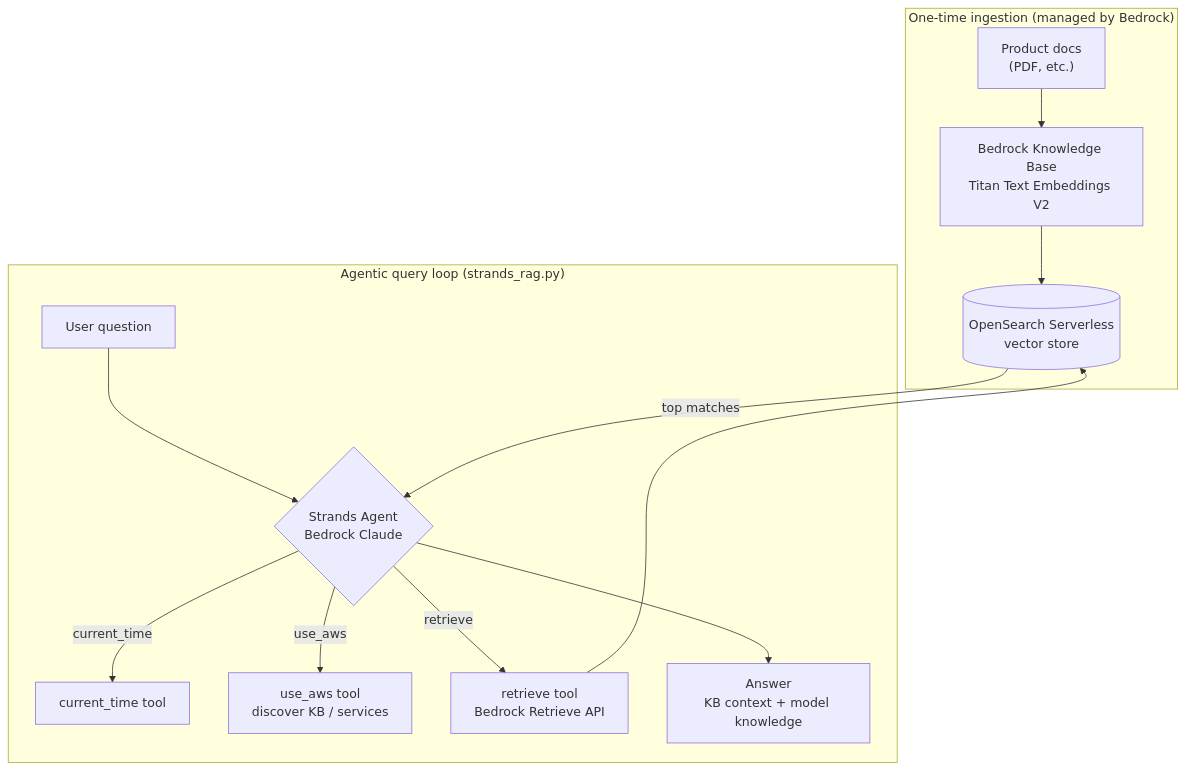
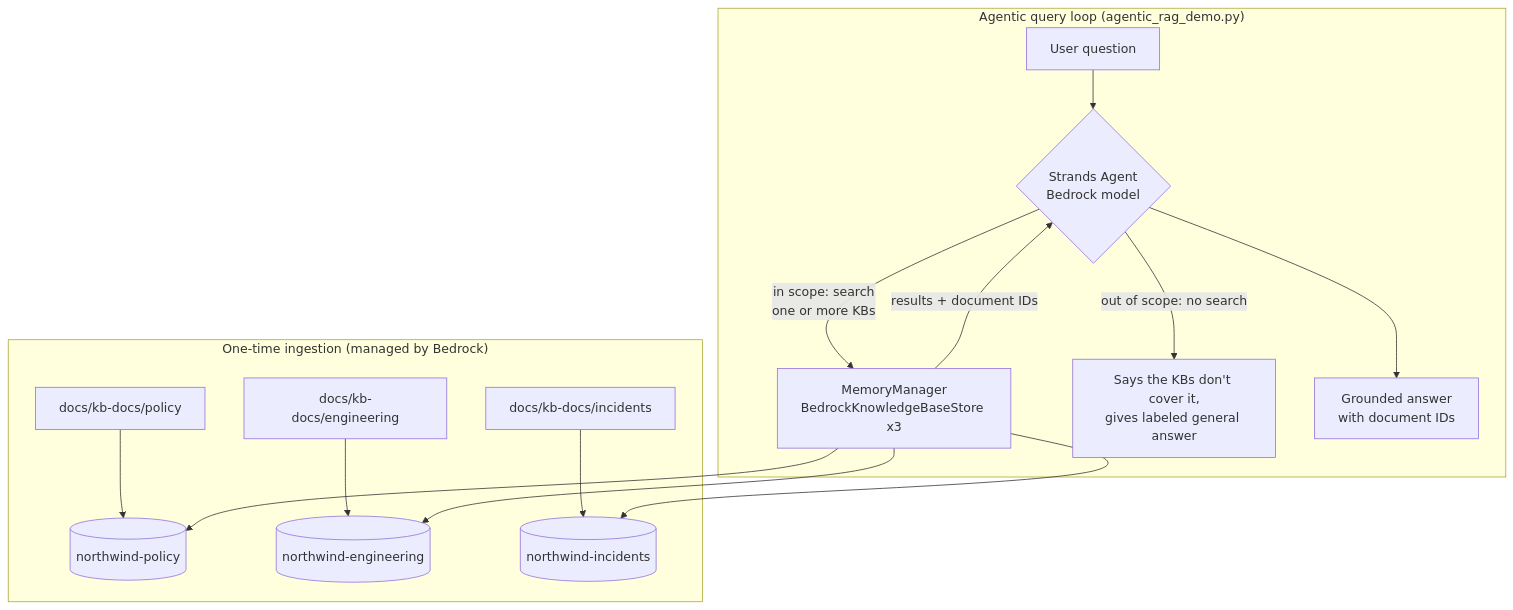
One commit to KiranGunturu/agentic-rag changed the fifth of 5 diagrams in README.md. Above: the diagram before and after it, drawn with Mermaid. The commit also changed other lines of this file, not shown here.

````diff
--- a/README.md
+++ b/README.md
@@ -140,17 +246,19 @@
 ```mermaid
 flowchart TB
     subgraph Ingest["One-time ingestion (managed by Bedrock)"]
-        Doc["Product docs<br/>(PDF, etc.)"] --> KB["Bedrock Knowledge Base<br/>Titan Text Embeddings V2"]
-        KB --> OSS[("OpenSearch Serverless<br/>vector store")]
+        P["docs/kb-docs/policy"] --> KBP[("northwind-policy")]
+        E["docs/kb-docs/engineering"] --> KBE[("northwind-engineering")]
+        I["docs/kb-docs/incidents"] --> KBI[("northwind-incidents")]
     end
 
-    subgraph Query["Agentic query loop (strands_rag.py)"]
-        User["User question"] --> Agent{"Strands Agent<br/>Bedrock Claude"}
-        Agent -->|current_time| T1["current_time tool"]
-        Agent -->|use_aws| T2["use_aws tool<br/>discover KB / services"]
-        Agent -->|retrieve| T3["retrieve tool<br/>Bedrock Retrieve API"]
-        T3 --> OSS
-        OSS -->|top matches| Agent
-        Agent --> Answer["Answer<br/>KB context + model knowledge"]
+    subgraph Query["Agentic query loop (agentic_rag_demo.py)"]
+        User["User question"] --> Agent{"Strands Agent<br/>Bedrock model"}
+        Agent -->|"in scope: search<br/>one or more KBs"| MM["MemoryManager<br/>BedrockKnowledgeBaseStore x3"]
+        MM --> KBP
+        MM --> KBE
+        MM --> KBI
+        MM -->|"results + document IDs"| Agent
+        Agent -->|"out of scope: no search"| Gen["Says the KBs don't cover it,<br/>gives labeled general answer"]
+        Agent --> Answer["Grounded answer<br/>with document IDs"]
     end
 ```
````
